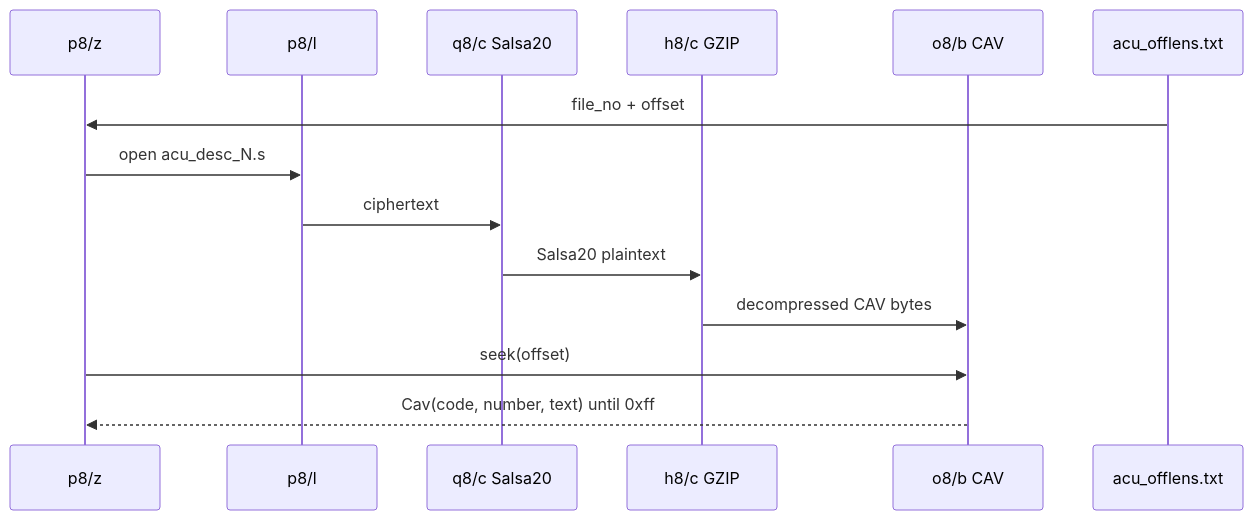
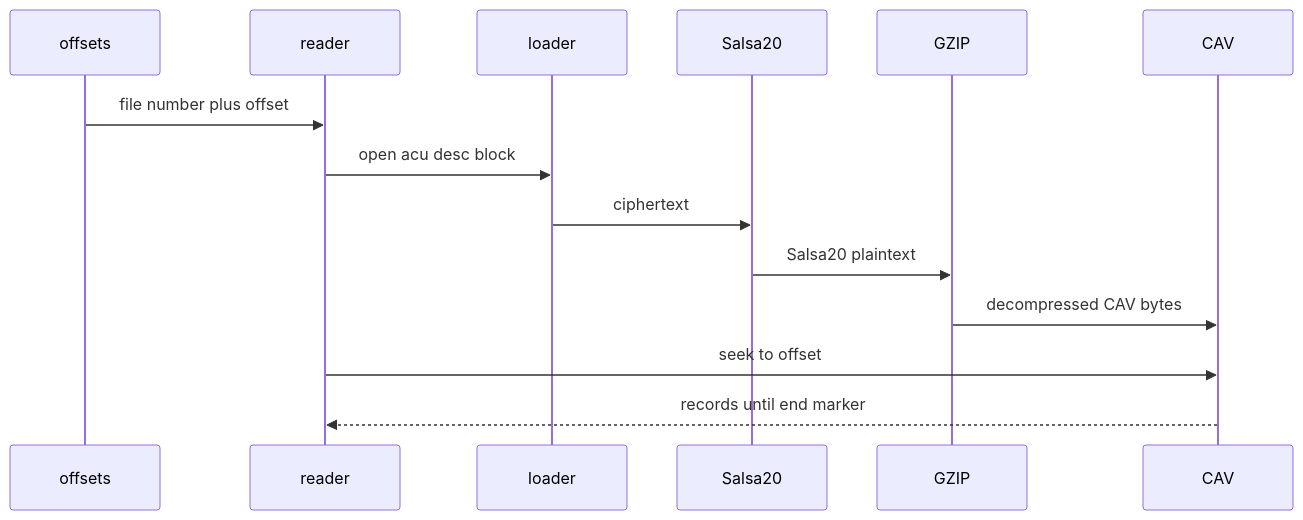
Before and after one commit to kadekutama/kbbi: the diagram in docs/diagrams/03-runtime-read-path.mmd, drawn with Mermaid. The commit also changed 13 other files, not shown here.

Commit message:
docs: public-release pass (MIT license, README, diagrams, extraction guide)

```diff
--- a/docs/diagrams/03-runtime-read-path.mmd
+++ b/docs/diagrams/03-runtime-read-path.mmd
@@ -1,14 +1,14 @@
 sequenceDiagram
-    participant Z as p8/z
-    participant L as p8/l
-    participant S as q8/c Salsa20
-    participant G as h8/c GZIP
-    participant B as o8/b CAV
-    participant O as acu_offlens.txt
-    O->>Z: file_no + offset
-    Z->>L: open acu_desc_N.s
+    participant O as offsets
+    participant Z as reader
+    participant L as loader
+    participant S as Salsa20
+    participant G as GZIP
+    participant B as CAV
+    O->>Z: file number plus offset
+    Z->>L: open acu desc block
     L->>S: ciphertext
     S->>G: Salsa20 plaintext
     G->>B: decompressed CAV bytes
-    Z->>B: seek(offset)
-    B-->>Z: Cav(code, number, text) until 0xff
+    Z->>B: seek to offset
+    B-->>Z: records until end marker
```
